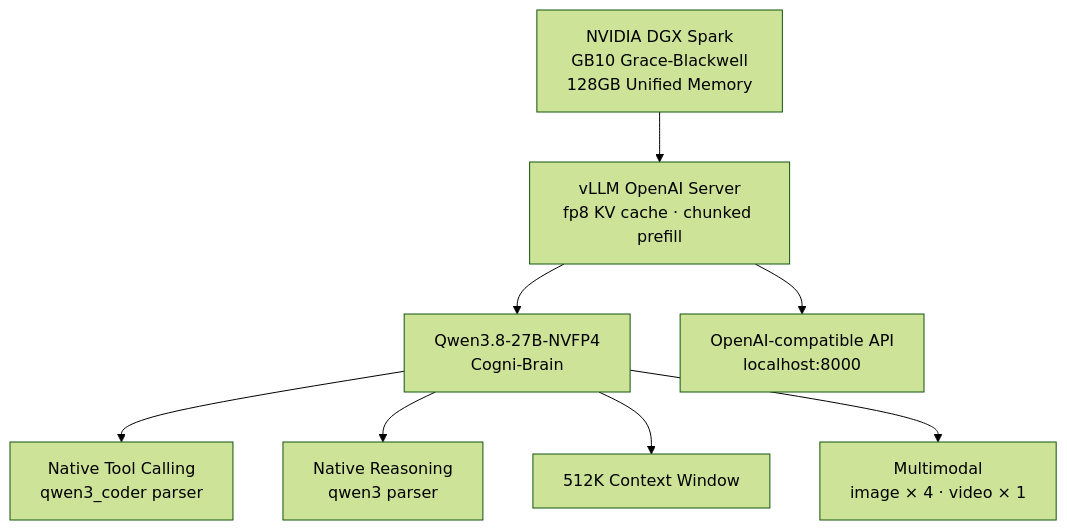
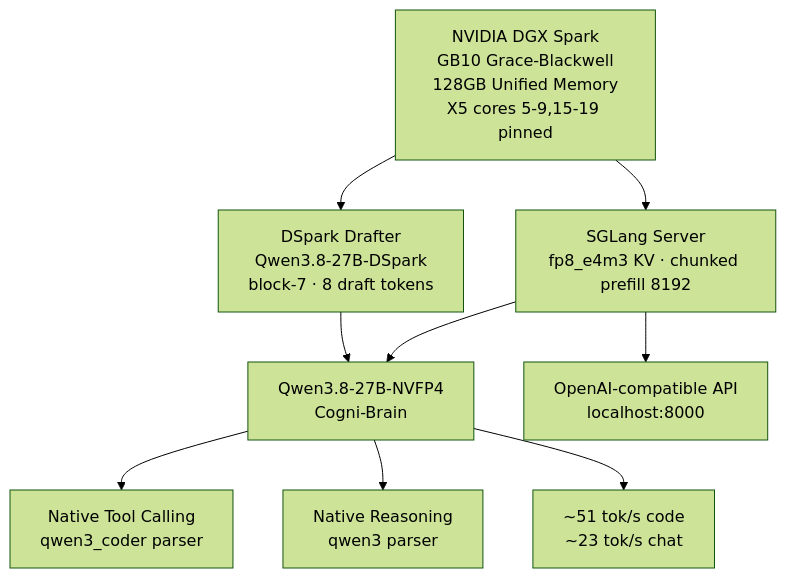
The diagram in README.md (airawatraj/dgx-spark-qwen38-super-agent), drawn with Mermaid (forest theme) before and after one commit. The commit also changed other lines of this file and 4 other files, not shown here.

First line of the commit message:
feat: migrate serving stack to SGLang DSpark

````diff
--- a/README.md
+++ b/README.md
@@ -44,14 +45,15 @@
 ```mermaid
 flowchart TD
-    A["NVIDIA DGX Spark<br/>GB10 Grace-Blackwell<br/>128GB Unified Memory"]
+    A["NVIDIA DGX Spark<br/>GB10 Grace-Blackwell<br/>128GB Unified Memory<br/>X5 cores 5-9,15-19 pinned"]
 
-    A --> B["vLLM OpenAI Server<br/>fp8 KV cache · chunked prefill"]
+    A --> B["SGLang Server<br/>fp8_e4m3 KV · chunked prefill 8192"]
+    A --> S["DSpark Drafter<br/>Qwen3.8-27B-DSpark<br/>block-7 · 8 draft tokens"]
 
     B --> C["Qwen3.8-27B-NVFP4<br/>Cogni-Brain"]
     B --> D["OpenAI-compatible API<br/>localhost:8000"]
+    S --> C
 
     C --> E["Native Tool Calling<br/>qwen3_coder parser"]
     C --> F["Native Reasoning<br/>qwen3 parser"]
-    C --> G["512K Context Window"]
-    C --> H["Multimodal<br/>image × 4 · video × 1"]
+    C --> G["~51 tok/s code<br/>~23 tok/s chat"]
 ```
````
